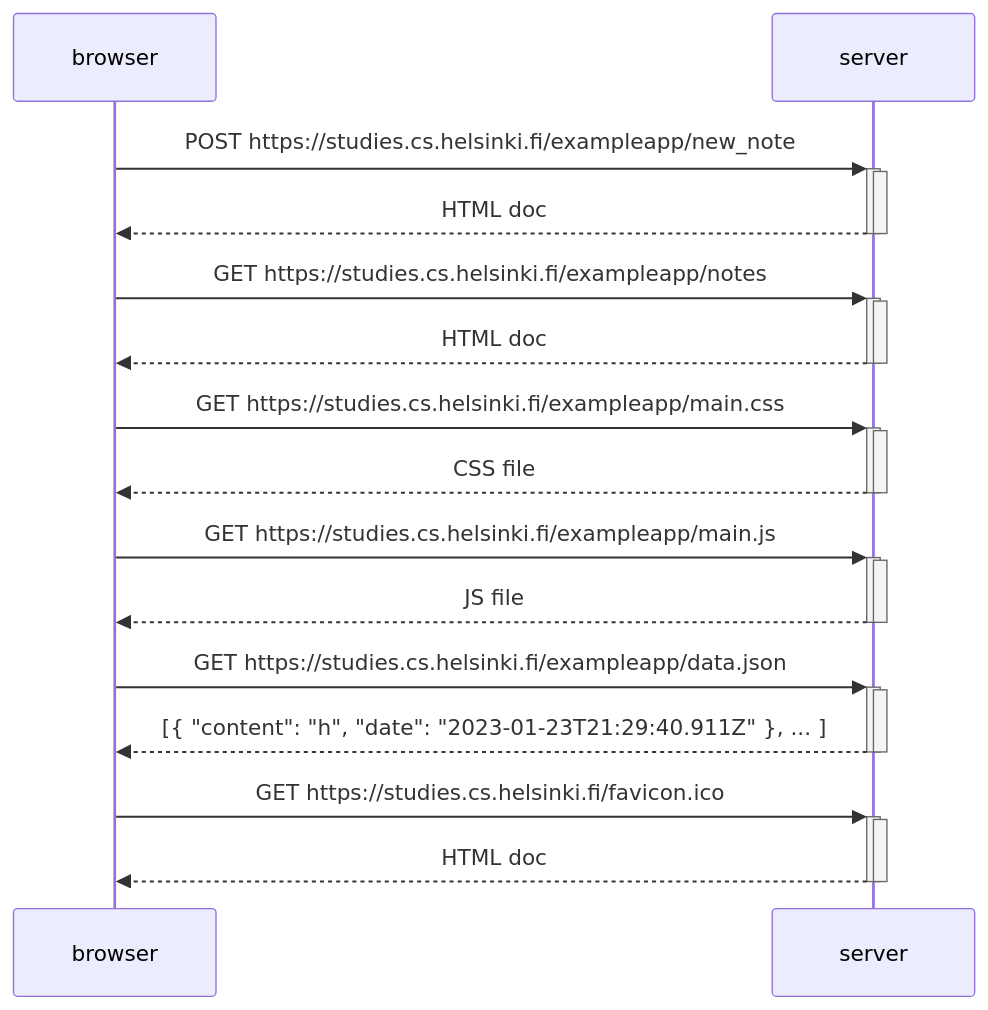
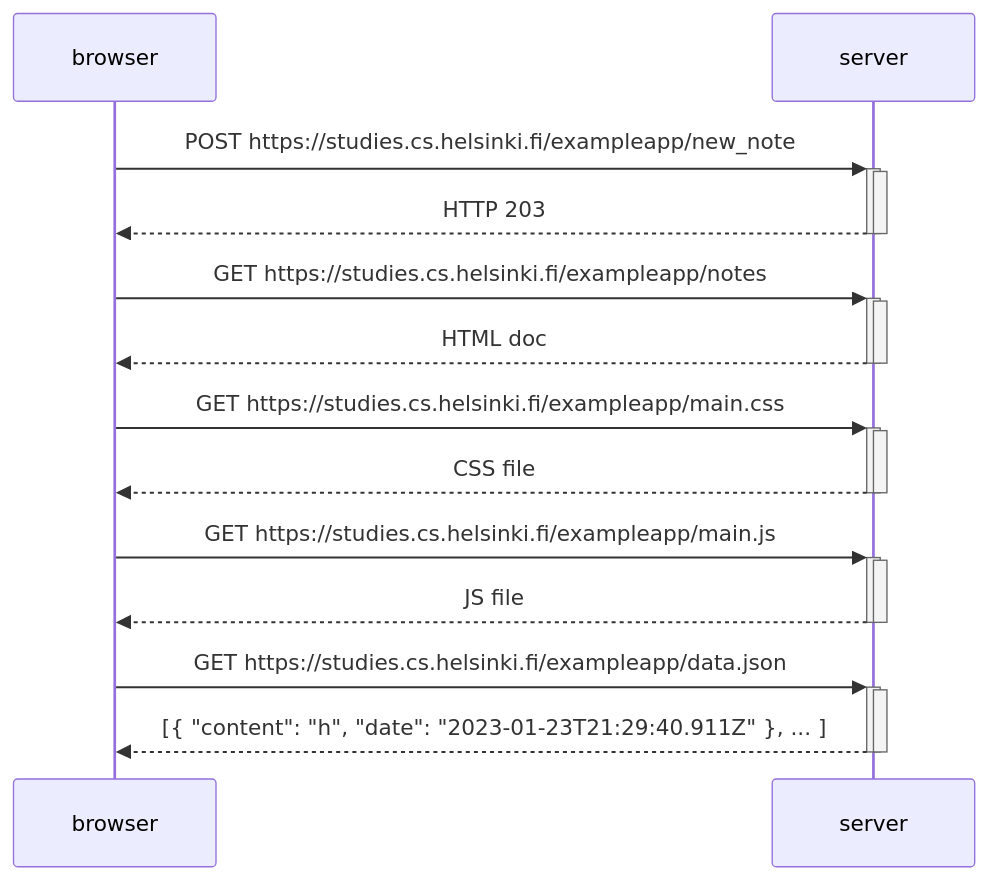
One commit to strasmus1/fullstack-open-part0 changed the diagram in exercise-0.4.md. Above: the diagram before and after it, drawn with Mermaid.

````diff
--- a/exercise-0.4.md
+++ b/exercise-0.4.md
@@ -1,33 +1,28 @@
 ```mermaid
 sequenceDiagram
   
     browser->>+server: POST https://studies.cs.helsinki.fi/exampleapp/new_note
     activate server
-    server-->>-browser: HTML doc
+    server-->>-browser: HTTP 203
     deactivate server
     
     browser->>+server: GET https://studies.cs.helsinki.fi/exampleapp/notes
     activate server
     server-->>-browser: HTML doc
     deactivate server
     
     browser->>+server: GET https://studies.cs.helsinki.fi/exampleapp/main.css
     activate server
     server-->>-browser: CSS file
     deactivate server
     
     browser->>+server: GET https://studies.cs.helsinki.fi/exampleapp/main.js
     activate server
     server-->>-browser: JS file
     deactivate server
     
     browser->>+server: GET https://studies.cs.helsinki.fi/exampleapp/data.json
     activate server
     server-->>-browser: [{ "content": "h", "date": "2023-01-23T21:29:40.911Z" }, ... ]
     deactivate server
-    
-    browser->>+server: GET https://studies.cs.helsinki.fi/favicon.ico
-    activate server
-    server-->>-browser: HTML doc
-    deactivate server
  ```
````
